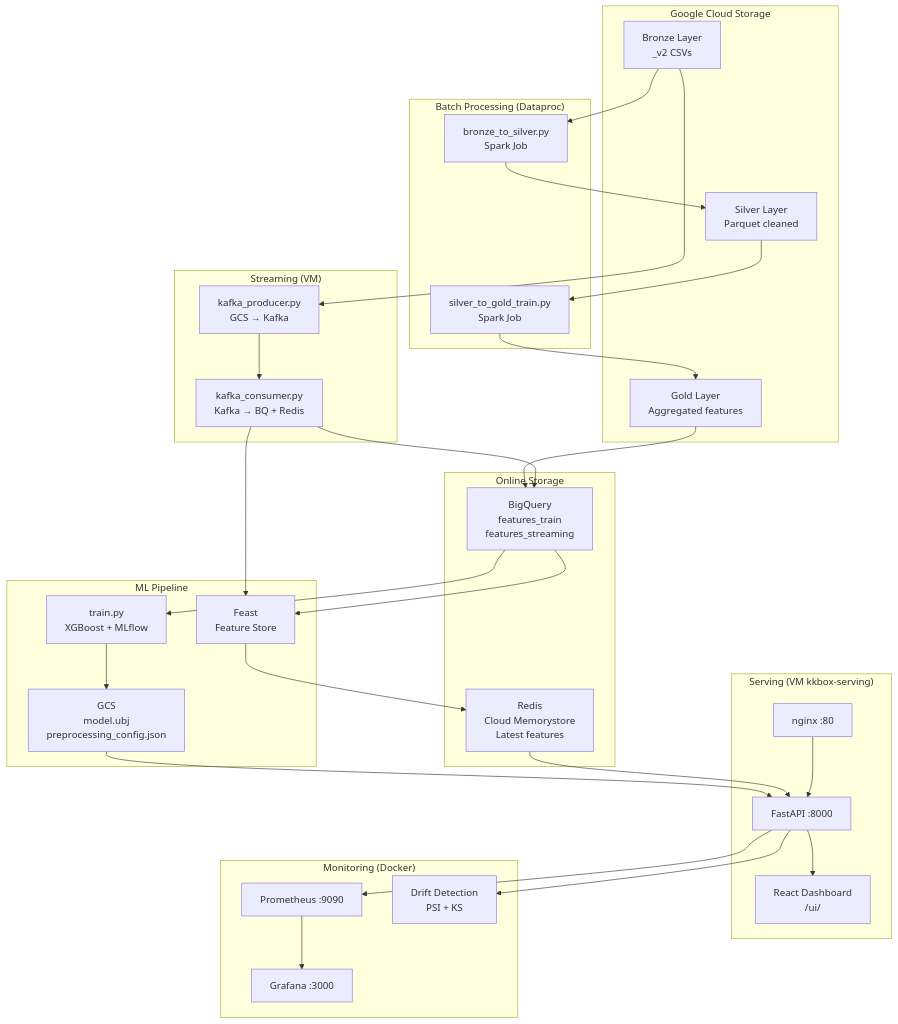
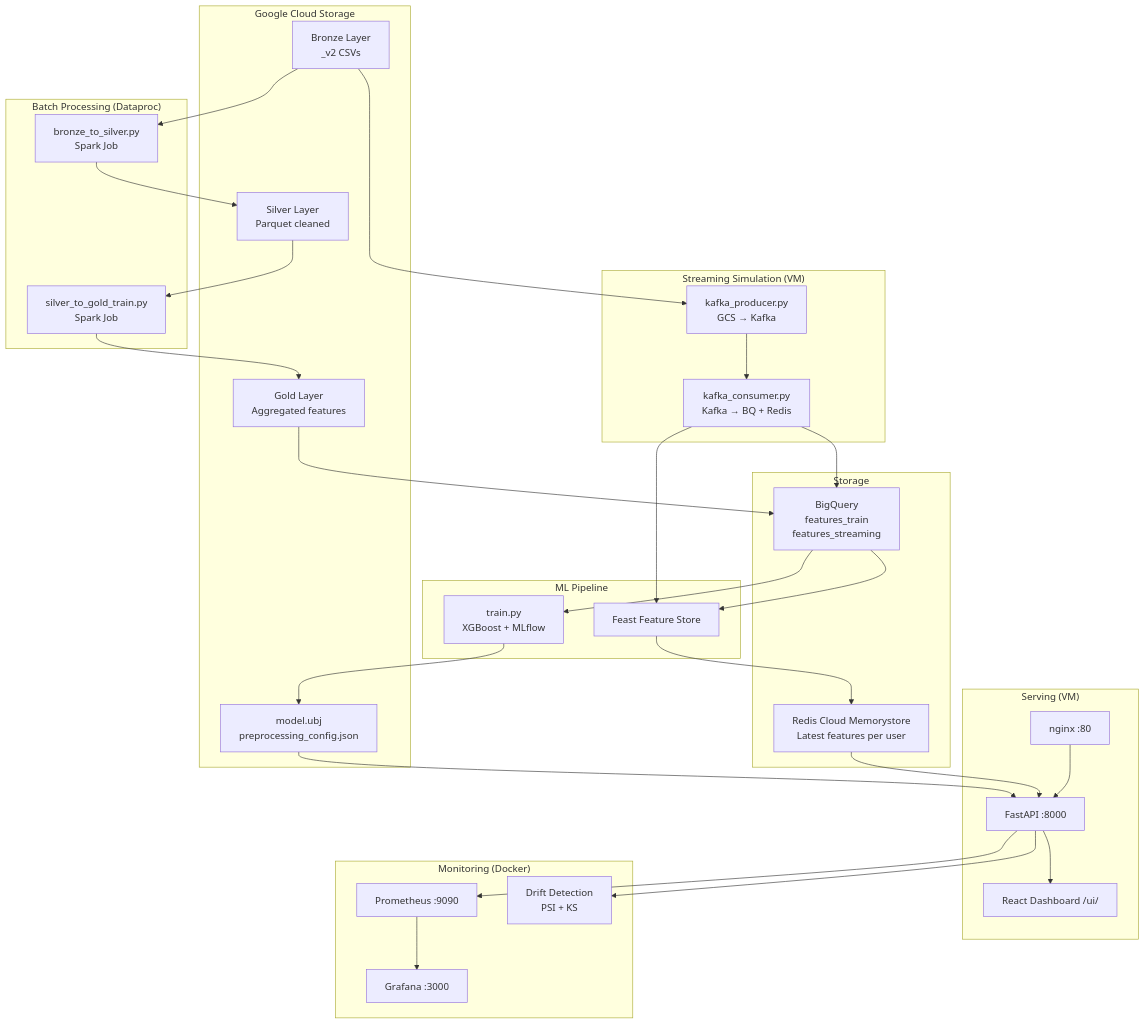
The second of 2 diagrams in README.md (ptrnghieu/kkbox-churn-prediction), drawn with Mermaid before and after one commit. The commit also changed other lines of this file, not shown here.

Commit message:
docs: rewrite README with problem intro, model rationale, full deployment guide

````diff
--- a/README.md
+++ b/README.md
@@ -148,52 +173,50 @@
 ```mermaid
 flowchart TD
     subgraph GCS["Google Cloud Storage"]
         B["Bronze Layer\n_v2 CSVs"]
         S["Silver Layer\nParquet cleaned"]
         G["Gold Layer\nAggregated features"]
+        MDL["model.ubj\npreprocessing_config.json"]
     end
 
     subgraph Batch["Batch Processing (Dataproc)"]
         SP1["bronze_to_silver.py\nSpark Job"]
         SP2["silver_to_gold_train.py\nSpark Job"]
     end
 
-    subgraph Stream["Streaming (VM)"]
+    subgraph Stream["Streaming Simulation (VM)"]
         KP["kafka_producer.py\nGCS → Kafka"]
         KC["kafka_consumer.py\nKafka → BQ + Redis"]
     end
 
-    subgraph Storage["Online Storage"]
+    subgraph Storage["Storage"]
         BQ["BigQuery\nfeatures_train\nfeatures_streaming"]
-        RD["Redis\nCloud Memorystore\nLatest features"]
+        RD["Redis Cloud Memorystore\nLatest features per user"]
     end
 
     subgraph ML["ML Pipeline"]
         TR["train.py\nXGBoost + MLflow"]
-        FS["Feast\nFeature Store"]
-        MDL["GCS\nmodel.ubj\npreprocessing_config.json"]
+        FS["Feast Feature Store"]
     end
 
-    subgraph Serving["Serving (VM kkbox-serving)"]
+    subgraph Serving["Serving (VM)"]
         NX["nginx :80"]
         FA["FastAPI :8000"]
-        UI["React Dashboard\n/ui/"]
+        UI["React Dashboard /ui/"]
     end
 
     subgraph Monitor["Monitoring (Docker)"]
         PR["Prometheus :9090"]
         GR["Grafana :3000"]
         DR["Drift Detection\nPSI + KS"]
     end
 
     B --> SP1 --> S --> SP2 --> G --> BQ
-    BQ --> TR --> MDL
-    BQ --> FS --> RD
+    BQ --> TR --> MDL --> FA
+    BQ --> FS --> RD --> FA
     B --> KP --> KC --> BQ
     KC --> FS
-    MDL --> FA
-    RD --> FA
     NX --> FA --> UI
     FA --> PR --> GR
     FA --> DR
 ```
````
